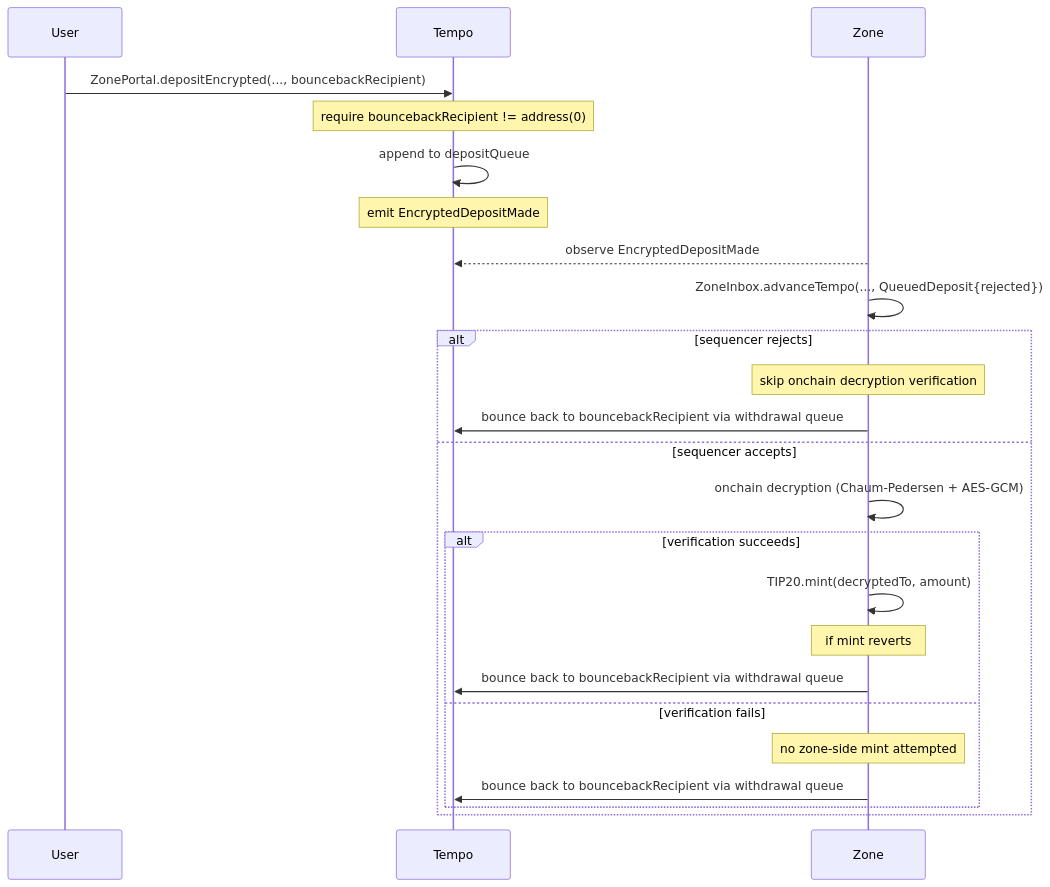
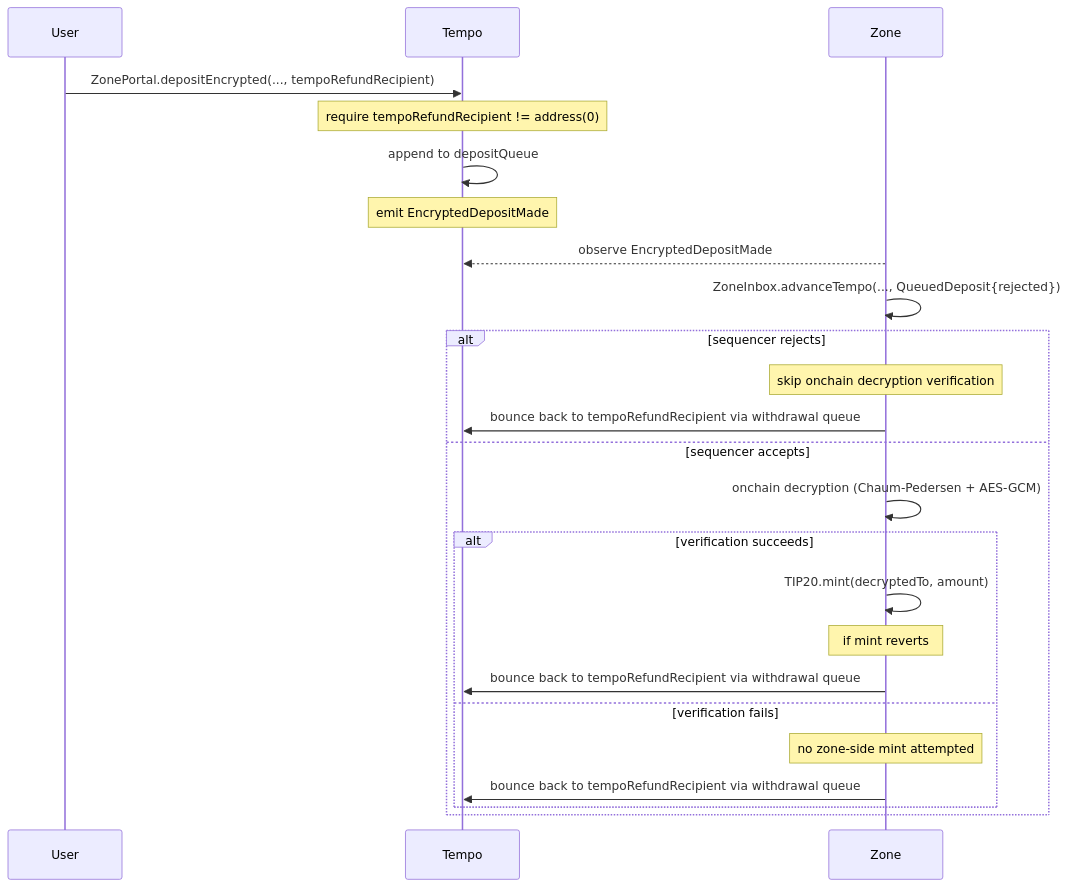
Before and after one commit to Dustin4444/zones: the third of 6 diagrams in specs/spec.md, drawn with Mermaid. The commit also changed other lines of this file and 17 other files, not shown here.

````diff
--- a/specs/spec.md
+++ b/specs/spec.md
@@ -468,27 +468,27 @@
 ```mermaid
 sequenceDiagram
     participant U as User
     participant T as Tempo
     participant Z as Zone
 
-    U->>T: ZonePortal.depositEncrypted(..., bouncebackRecipient)
-    Note over T: require bouncebackRecipient != address(0)
+    U->>T: ZonePortal.depositEncrypted(..., tempoRefundRecipient)
+    Note over T: require tempoRefundRecipient != address(0)
     T->>T: append to depositQueue
     Note over T: emit EncryptedDepositMade
     Z-->>T: observe EncryptedDepositMade
     Z->>Z: ZoneInbox.advanceTempo(..., QueuedDeposit{rejected})
     alt sequencer rejects
         Note over Z: skip onchain decryption verification
-        Z->>T: bounce back to bouncebackRecipient via withdrawal queue
+        Z->>T: bounce back to tempoRefundRecipient via withdrawal queue
     else sequencer accepts
         Z->>Z: onchain decryption (Chaum-Pedersen + AES-GCM)
         alt verification succeeds
             Z->>Z: TIP20.mint(decryptedTo, amount)
             Note over Z: if mint reverts
-            Z->>T: bounce back to bouncebackRecipient via withdrawal queue
+            Z->>T: bounce back to tempoRefundRecipient via withdrawal queue
         else verification fails
             Note over Z: no zone-side mint attempted
-            Z->>T: bounce back to bouncebackRecipient via withdrawal queue
+            Z->>T: bounce back to tempoRefundRecipient via withdrawal queue
         end
     end
 ```
````
